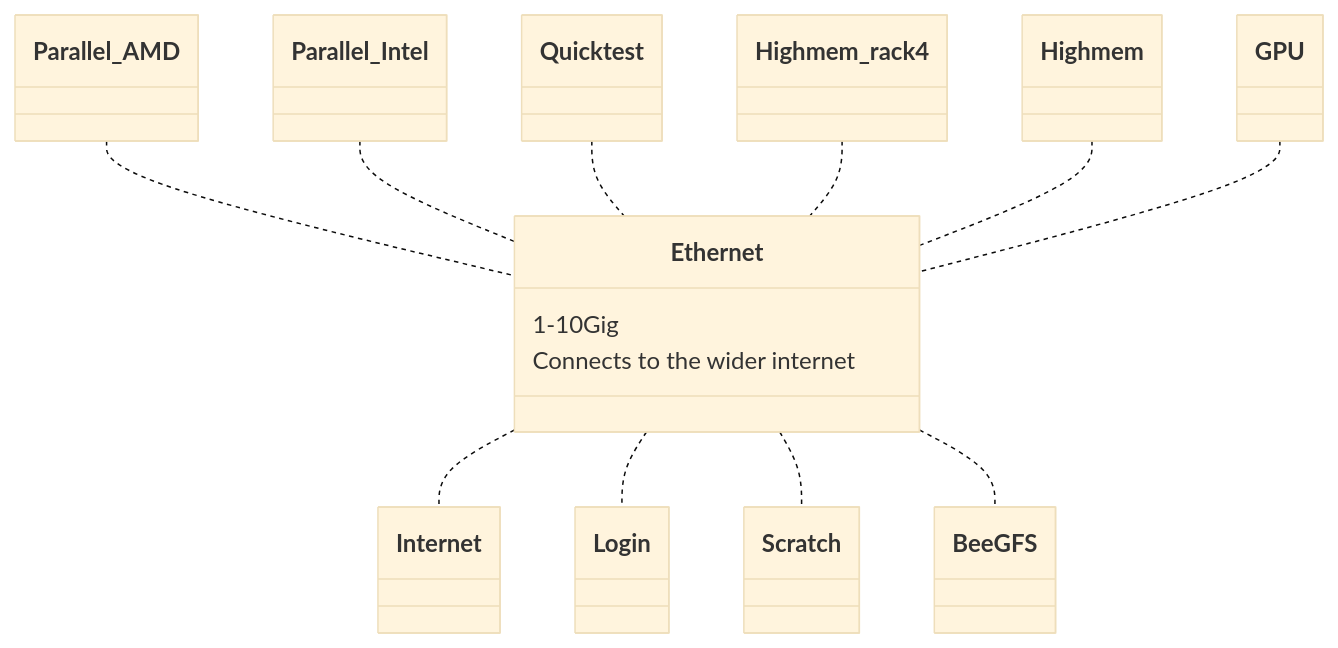
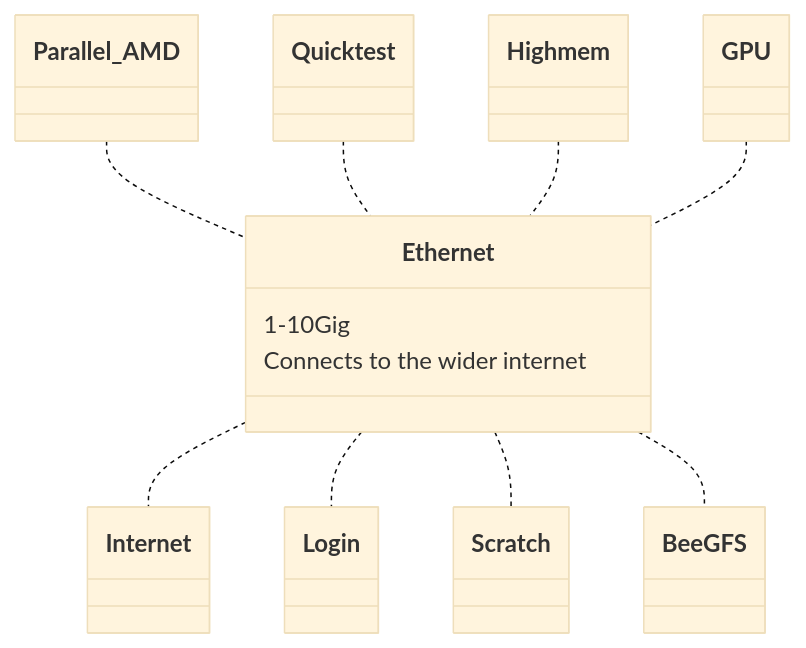
Before and after one commit to vuw-research-computing/raapoi-docs: the second of 3 diagrams in docs/hpclayout.md, drawn with Mermaid (base theme). The commit also changed other lines of this file and 1 other file, not shown here.

````diff
--- a/docs/hpclayout.md
+++ b/docs/hpclayout.md
@@ -163,36 +148,30 @@
 ```mermaid
 classDiagram
     Parallel_AMD .. Ethernet
-    Parallel_Intel .. Ethernet
     Quicktest .. Ethernet
-    Highmem_rack4 .. Ethernet
     Highmem .. Ethernet
     GPU .. Ethernet
     Ethernet .. Internet
     Ethernet .. Login
     Ethernet .. Scratch
     Ethernet .. BeeGFS
     
     class Ethernet{
         1-10Gig
         Connects to the wider internet
     }
         class Scratch {
     }
     class BeeGFS {
     }
     class Login {
     }
     class Parallel_AMD {
     }
-    class Parallel_Intel{
-    }
     class Quicktest{
     }
     class Highmem{
     }
-    class Highmem_rack4{
-    }
     class GPU{ 
     }
 ```
````
